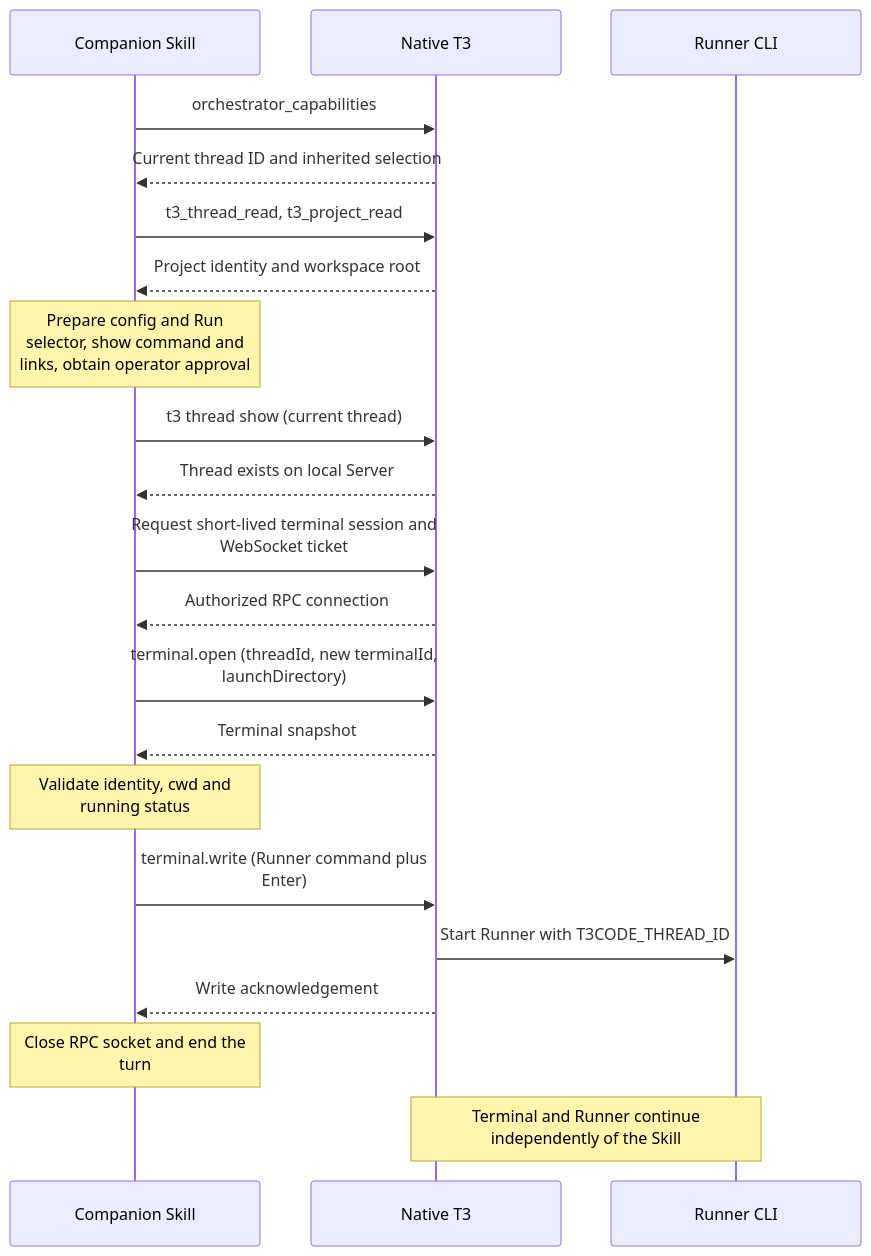
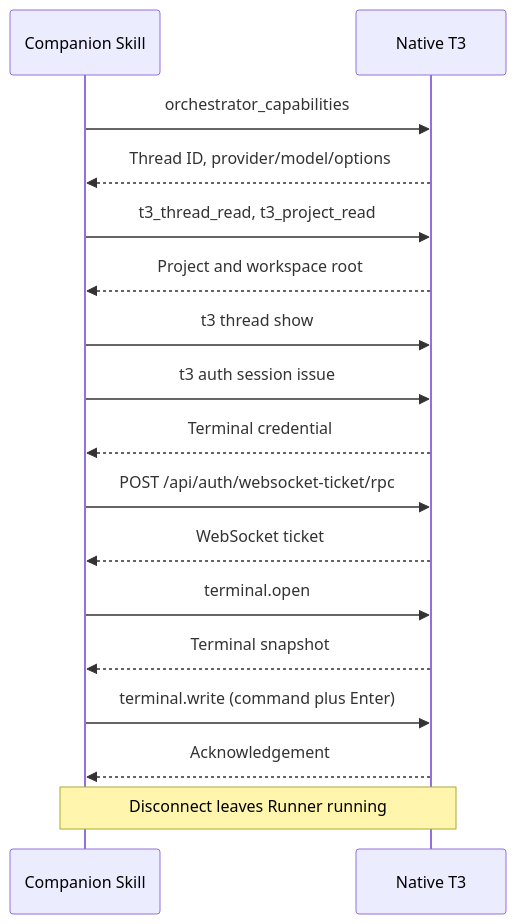
The second of 7 diagrams in docs/t3-protocol.md (BuddyLabsCo/issue-runner-t3), drawn with Mermaid before and after one commit. The commit also changed other lines of this file and 2 other files, not shown here.

First line of the commit message:
feat: [issue-70] upgrade Runner package and repair invoked Skill (#77)

````diff
--- a/docs/t3-protocol.md
+++ b/docs/t3-protocol.md
@@ -99,24 +60,19 @@
 ```mermaid
-%%{init: {"sequence": {"width": 250, "wrap": true}}}%%
 sequenceDiagram
     participant S as Companion Skill
-    participant N as Native T3
-    participant P as Runner CLI
-    S->>N: orchestrator_capabilities
-    N-->>S: Current thread ID and inherited selection
-    S->>N: t3_thread_read, t3_project_read
-    N-->>S: Project identity and workspace root
-    Note over S: Prepare config and Run selector, show command and links, obtain operator approval
-    S->>N: t3 thread show (current thread)
-    N-->>S: Thread exists on local Server
-    S->>N: Request short-lived terminal session and WebSocket ticket
-    N-->>S: Authorized RPC connection
-    S->>N: terminal.open (threadId, new terminalId, launchDirectory)
-    N-->>S: Terminal snapshot
-    Note over S: Validate identity, cwd and running status
-    S->>N: terminal.write (Runner command plus Enter)
-    N->>P: Start Runner with T3CODE_THREAD_ID
-    N-->>S: Write acknowledgement
-    Note over S: Close RPC socket and end the turn
-    Note over N,P: Terminal and Runner continue independently of the Skill
+    participant T as Native T3
+    S->>T: orchestrator_capabilities
+    T-->>S: Thread ID, provider/model/options
+    S->>T: t3_thread_read, t3_project_read
+    T-->>S: Project and workspace root
+    S->>T: t3 thread show
+    S->>T: t3 auth session issue
+    T-->>S: Terminal credential
+    S->>T: POST /api/auth/websocket-ticket/rpc
+    T-->>S: WebSocket ticket
+    S->>T: terminal.open
+    T-->>S: Terminal snapshot
+    S->>T: terminal.write (command plus Enter)
+    T-->>S: Acknowledgement
+    Note over S,T: Disconnect leaves Runner running
 ```
````
